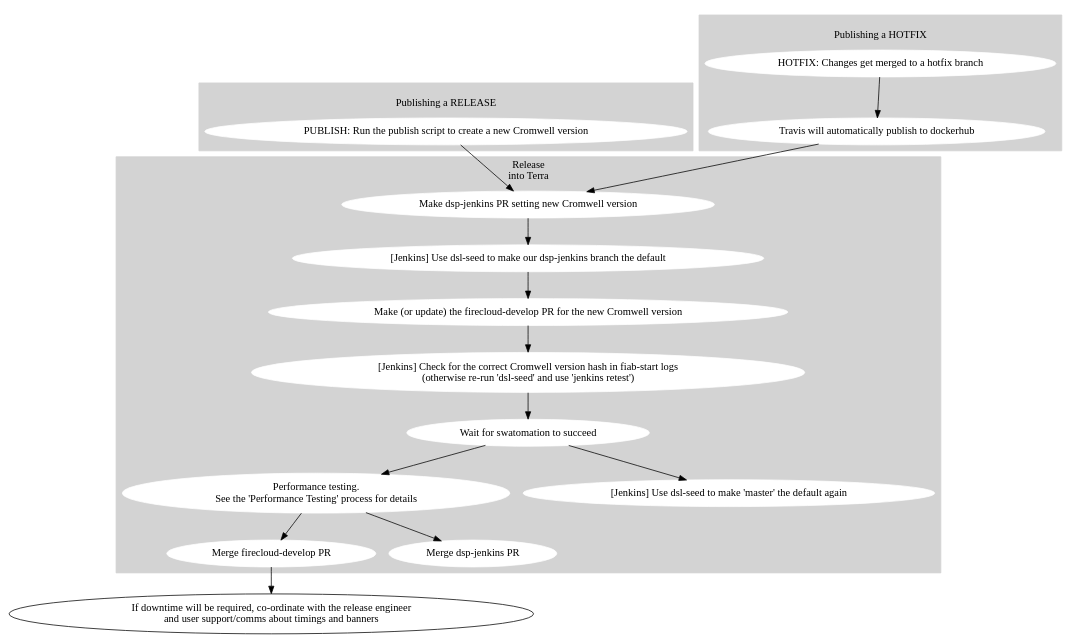
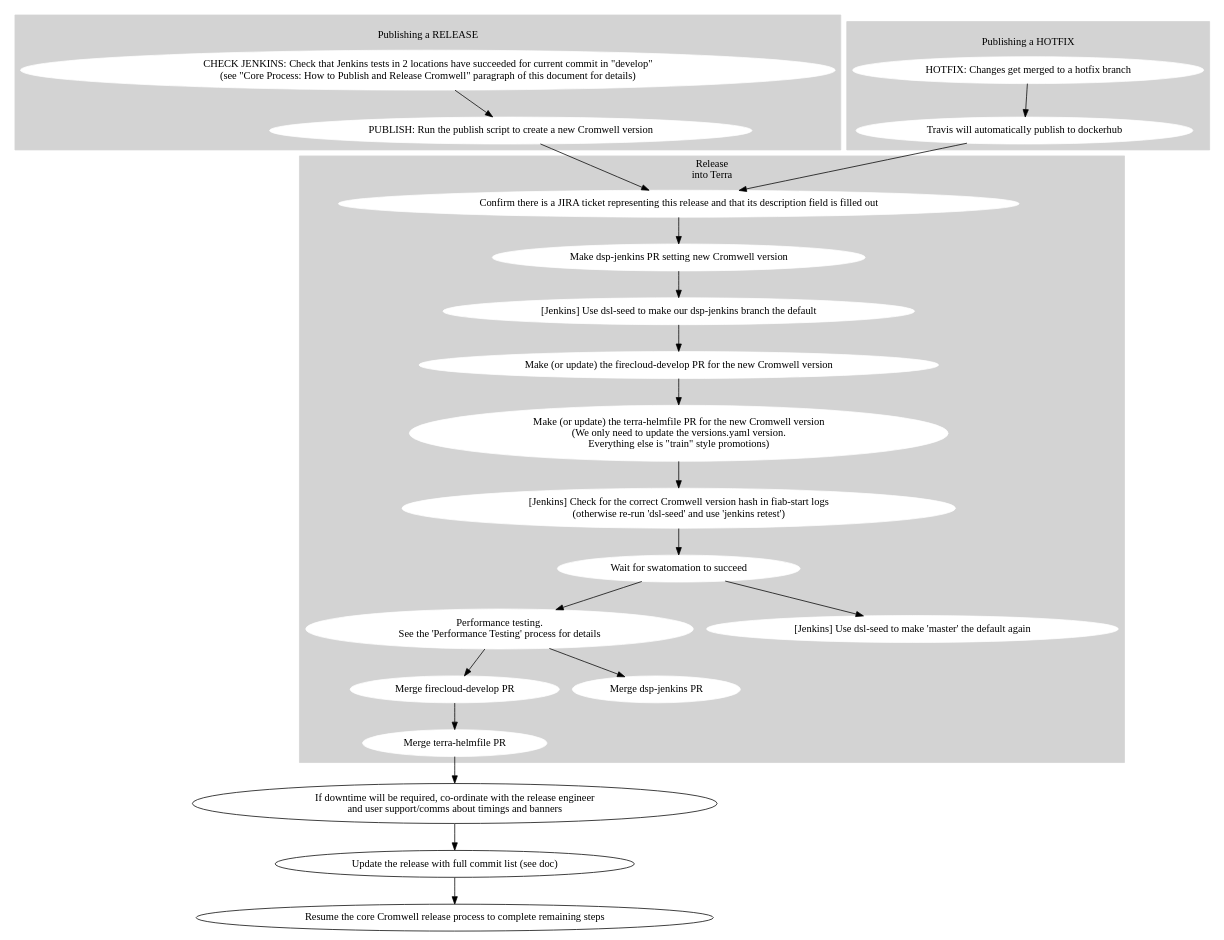
The diagram in processes/release_processes/firecloud-develop.dot (informationsea/cromwell), drawn with Graphviz before and after one commit. The commit also changed 877 other files, not shown here.

```diff
--- a/processes/release_processes/firecloud-develop.dot
+++ b/processes/release_processes/firecloud-develop.dot
@@ -1,69 +1,83 @@
 digraph {
 
   # Nodes
 
   subgraph cluster_0 {
     label="\lPublishing a RELEASE"
     style=filled
     node [style=filled,color=white];
     color="lightgrey"
 
+    check_jenkins_tests [shape=oval label="CHECK JENKINS: Check that Jenkins tests in 2 locations have succeeded for current commit in \"develop\"\n(see \"Core Process: How to Publish and Release Cromwell\" paragraph of this document for details)"];
     release_cromwell [shape=oval label="PUBLISH: Run the publish script to create a new Cromwell version"];
   }
 
   subgraph cluster_1 {
     label="\lPublishing a HOTFIX"
     style=filled
     node [style=filled,color=white];
     color="lightgrey"
 
     hotfix_changes [shape=oval label="HOTFIX: Changes get merged to a hotfix branch"];
     publish_hotfix [shape=oval label="Travis will automatically publish to dockerhub"];
   }
 
   subgraph cluster_2 {
     label="Release\ninto Terra"
     style=filled
     node [style=filled,color=white];
     color="lightgrey"
-
+    confirm_ticket [shape="oval" label="Confirm there is a JIRA ticket representing this release and that its description field is filled out"]
     fcdev_pr [shape=oval label="Make (or update) the firecloud-develop PR for the new Cromwell version"];
+    # For an example PR see https://github.com/broadinstitute/terra-helmfile/pull/550#pullrequestreview-527531319
+    helmfile_pr [shape=oval label="Make (or update) the terra-helmfile PR for the new Cromwell version\n(We only need to update the versions.yaml version.\nEverything else is \"train\" style promotions)"];
     confirm_cromwell_v [shape=oval label="[Jenkins] Check for the correct Cromwell version hash in fiab-start logs\n(otherwise re-run 'dsl-seed' and use 'jenkins retest')"];
     confirm_cromwell_v [shape=oval label="[Jenkins] Check for the correct Cromwell version hash in fiab-start logs\n(otherwise re-run 'dsl-seed' and use 'jenkins retest')"];
     fcdev_success [shape=oval label="Wait for swatomation to succeed"];
 
     fcdev_merge [shape=oval label="Merge firecloud-develop PR"];
+    helmfile_merge [shape=oval label="Merge terra-helmfile PR"];
 
     dspjenkins_PR [shape=oval label="Make dsp-jenkins PR setting new Cromwell version"];
     dspjenkins_merge [shape=oval label="Merge dsp-jenkins PR"];
 
     qa_perf [shape=oval label="Performance testing.\nSee the 'Performance Testing' process for details"];
 
     jenkins_set [shape=oval label="[Jenkins] Use dsl-seed to make our dsp-jenkins branch the default"];
     jenkins_reset [shape=oval label="[Jenkins] Use dsl-seed to make 'master' the default again"];
   }
 
   coordinate_release_timing [shape=oval label="If downtime will be required, co-ordinate with the release engineer\nand user support/comms about timings and banners"];
 
+  update_release_ticket [shape=oval label="Update the release with full commit list (see doc)"];
+
+  resume_core_release_process [shape=oval label="Resume the core Cromwell release process to complete remaining steps"];
+
   # Edges
+  check_jenkins_tests -> release_cromwell
 
   hotfix_changes -> publish_hotfix
-  publish_hotfix -> dspjenkins_PR
+  publish_hotfix -> confirm_ticket
 
-  release_cromwell -> dspjenkins_PR
+  release_cromwell -> confirm_ticket
 
-  fcdev_pr -> confirm_cromwell_v
+  fcdev_pr -> helmfile_pr
+  helmfile_pr -> confirm_cromwell_v
 
+  confirm_ticket -> dspjenkins_PR
   dspjenkins_PR -> jenkins_set
 
   jenkins_set -> fcdev_pr
   confirm_cromwell_v -> fcdev_success
 
   fcdev_success -> jenkins_reset
   fcdev_success -> qa_perf
 
   qa_perf -> dspjenkins_merge
   qa_perf -> fcdev_merge
 
-  fcdev_merge -> coordinate_release_timing
+  fcdev_merge -> helmfile_merge
+  helmfile_merge -> coordinate_release_timing
+  coordinate_release_timing -> update_release_ticket
+  update_release_ticket -> resume_core_release_process
 }
```
